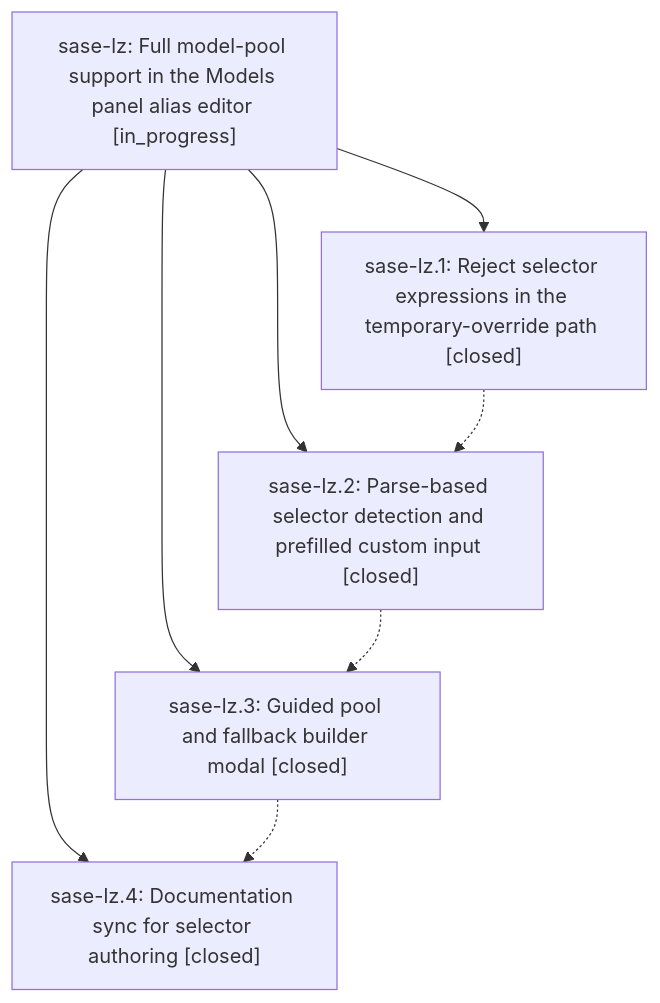
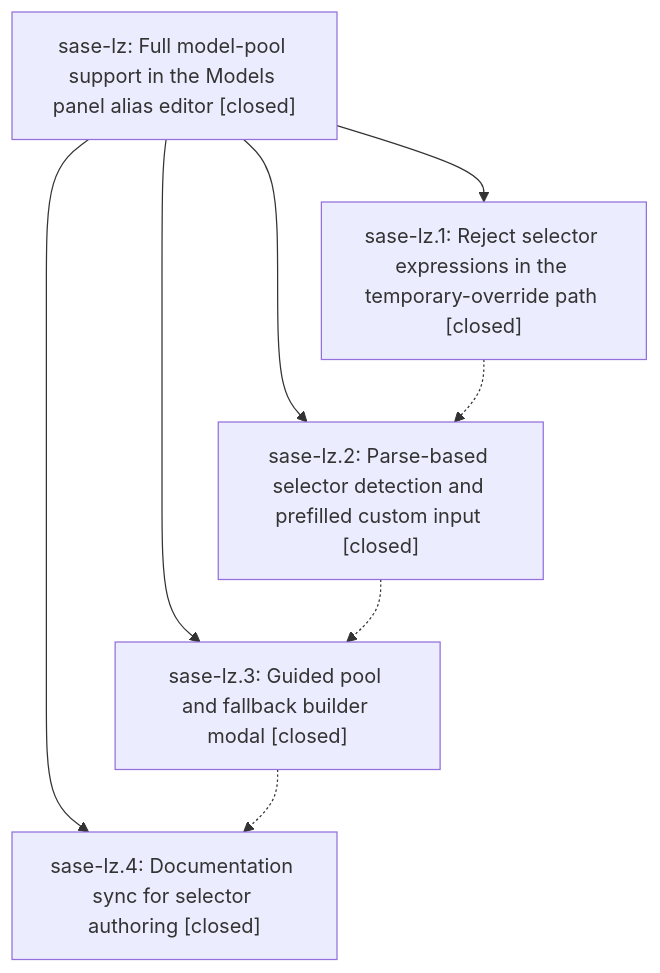
Before and after one commit to sase-org/sase--beads: the diagram in pages/sase-lz/README.md, drawn with Mermaid. The commit also changed other lines of this file, not shown here.

First line of the commit message:
chore(beads): sync bead state and pages for sase-lz

````diff
--- a/pages/sase-lz/README.md
+++ b/pages/sase-lz/README.md
@@ -25,15 +29,15 @@
 ```mermaid
 flowchart TD
-    n0["sase-lz: Full model-pool support in the Models panel alias editor [in_progress]"]
+    n0["sase-lz: Full model-pool support in the Models panel alias editor [closed]"]
     n1["sase-lz.1: Reject selector expressions in the temporary-override path [closed]"]
     n2["sase-lz.2: Parse-based selector detection and prefilled custom input [closed]"]
     n3["sase-lz.3: Guided pool and fallback builder modal [closed]"]
     n4["sase-lz.4: Documentation sync for selector authoring [closed]"]
     n0 --> n1
     n0 --> n2
     n0 --> n3
     n0 --> n4
     n1 -.-> n2
     n2 -.-> n3
     n3 -.-> n4
 ```
````
